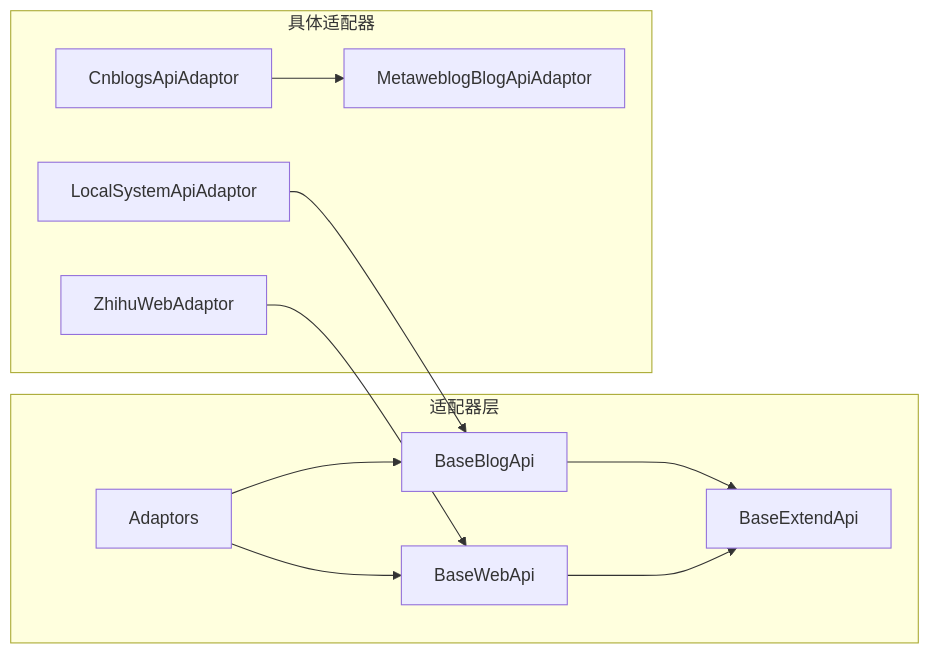
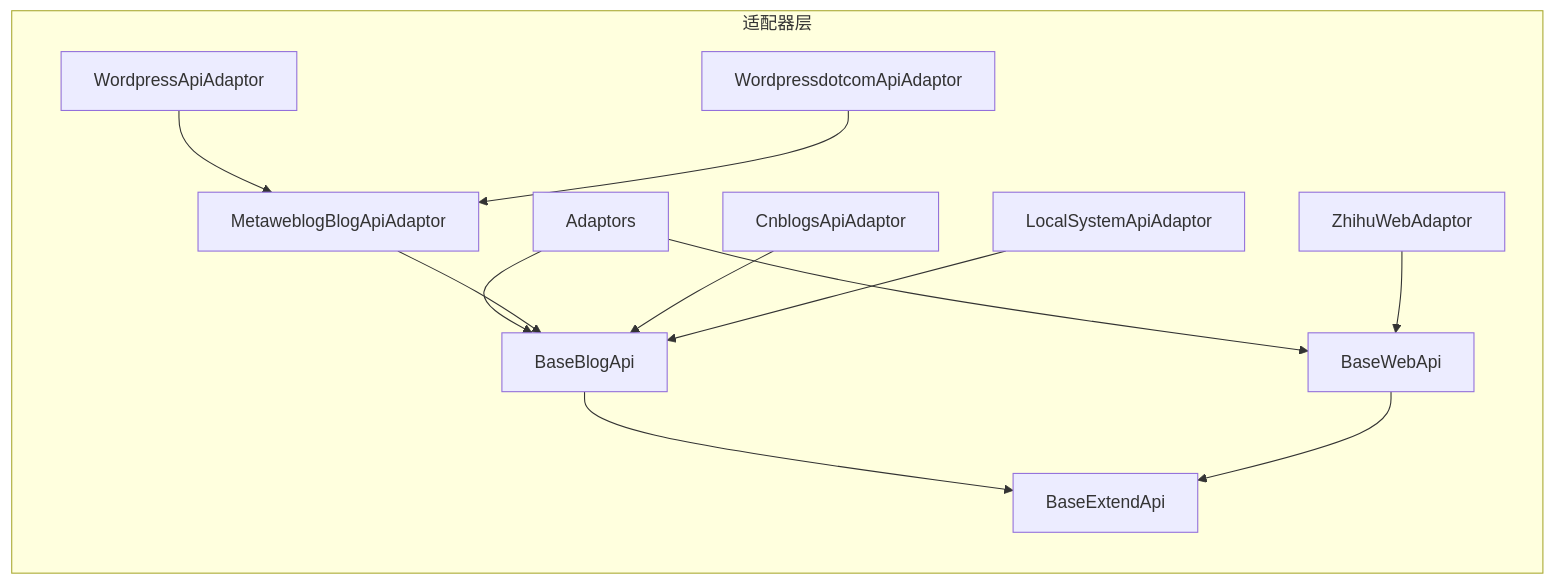
Before and after one commit to terwer/siyuan-plugin-publisher: the seventh of 7 diagrams in .qoder/repowiki/zh/content/API参考文档/适配器API/适配器API.md, drawn with Mermaid. The commit also changed other lines of this file and 15 other files, not shown here.

First line of the commit message:
refactor(proxy): redesign form upload transport to unified top-level architecture

````diff
--- a/.qoder/repowiki/zh/content/API参考文档/适配器API/适配器API.md
+++ b/.qoder/repowiki/zh/content/API参考文档/适配器API/适配器API.md
@@ -426,22 +566,25 @@
 ```mermaid
 graph LR
 subgraph "适配器层"
 A[Adaptors]
 B[BaseBlogApi]
 C[BaseWebApi]
 D[BaseExtendApi]
-end
-subgraph "具体适配器"
-E[CnblogsApiAdaptor]
-F[ZhihuWebAdaptor]
-G[LocalSystemApiAdaptor]
-H[MetaweblogBlogApiAdaptor]
+E[MetaweblogBlogApiAdaptor]
+F[CnblogsApiAdaptor]
+G[ZhihuWebAdaptor]
+H[LocalSystemApiAdaptor]
+I[WordpressApiAdaptor]
+J[WordpressdotcomApiAdaptor]
 end
 A --> B
 A --> C
 B --> D
 C --> D
-E --> H
-F --> C
-G --> B
+E --> B
+F --> B
+G --> C
+H --> B
+I --> E
+J --> E
 ```
````
